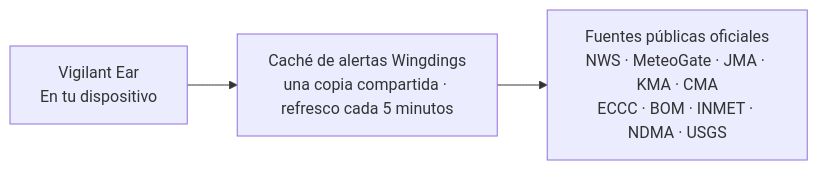
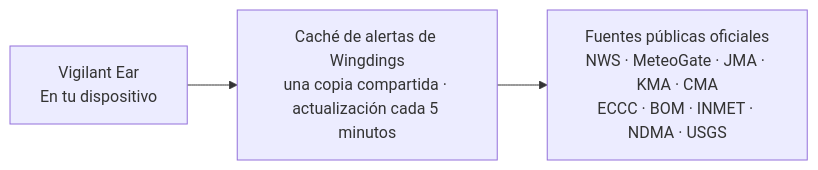
The fourth of 4 diagrams in README_es.md (rpalm01-star/VigilantEarLegal), drawn with Mermaid before and after one commit. The commit also changed other lines of this file and 29 other files, not shown here.

````diff
--- a/README_es.md
+++ b/README_es.md
@@ -162,5 +171,5 @@
 ```mermaid
 graph LR
-    P1["Vigilant Ear<br/>En tu dispositivo"] --> W["Caché de alertas Wingdings<br/>una copia compartida · refresco cada 5 minutos"]
+    P1["Vigilant Ear<br/>En tu dispositivo"] --> W["Caché de alertas de Wingdings<br/>una copia compartida · actualización cada 5 minutos"]
     W --> N["Fuentes públicas oficiales<br/>NWS · MeteoGate · JMA · KMA · CMA<br/>ECCC · BOM · INMET · NDMA · USGS"]
 ```
````
